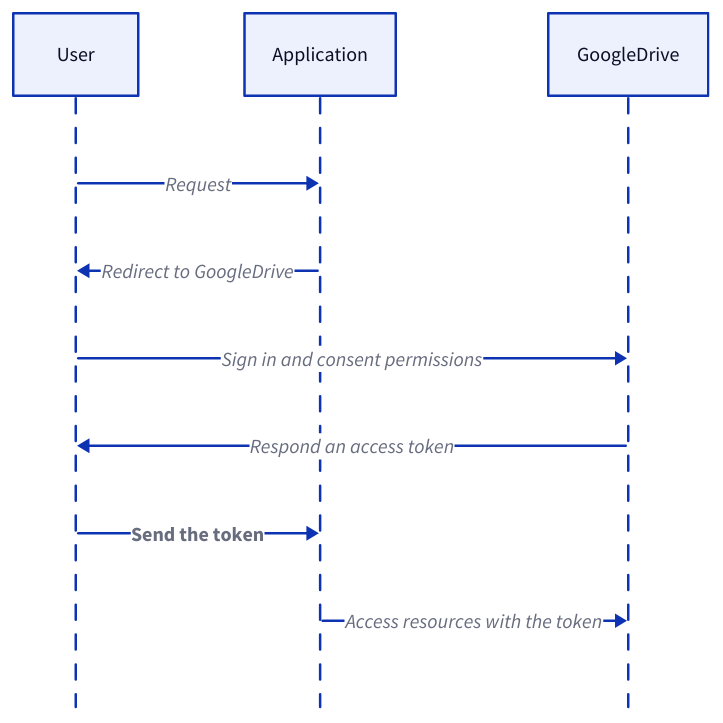
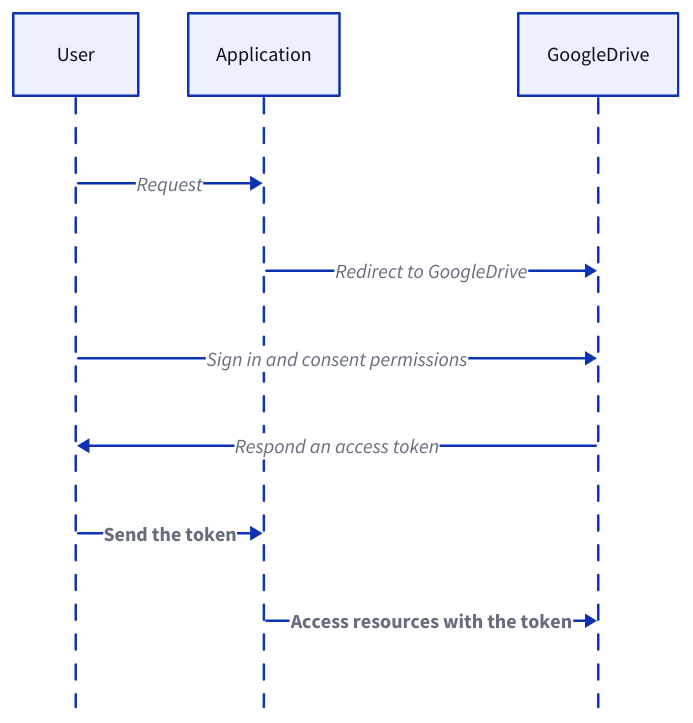
Diagram 20 of 26 in content/docs/system-administration/system-protection/iam.md (link1905/system-design-101), drawn with D2 before and after one commit. The commit also changed other lines of this file and 49 other files, not shown here.

````diff
--- a/content/docs/system-administration/system-protection/iam.md
+++ b/content/docs/system-administration/system-protection/iam.md
@@ -798,20 +772,22 @@
 ```d2
 shape: sequence_diagram
 u: User {
   class: client
 }
 s: Application {
   class: server
 }
 g: GoogleDrive {
   class: google
 }
 u -> s: Request
-s -> u: Redirect to GoogleDrive
+s -> g: Redirect to GoogleDrive
 u -> g: Sign in and consent permissions
 g -> u: Respond an access token
 u -> s: Send the token {
   style.bold: true
 }
-s -> g: Access resources with the token
+s -> g: Access resources with the token {
+  style.bold: true
+}
 ```
````
